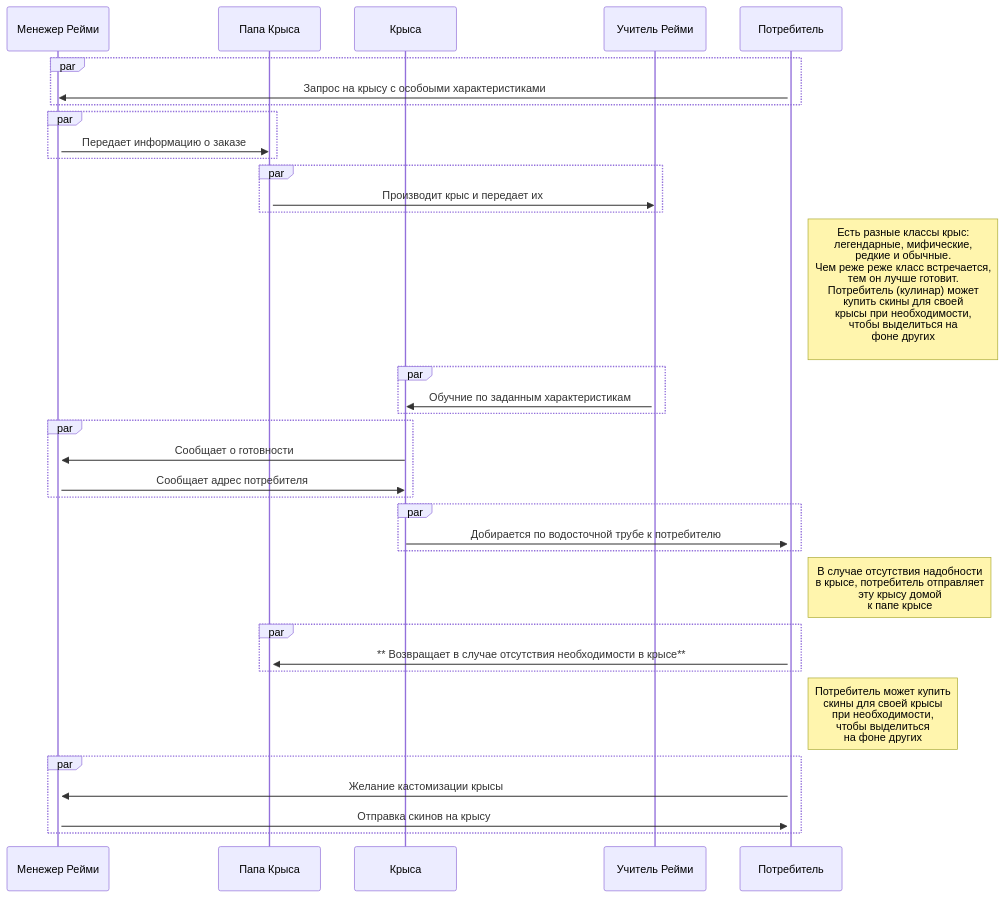
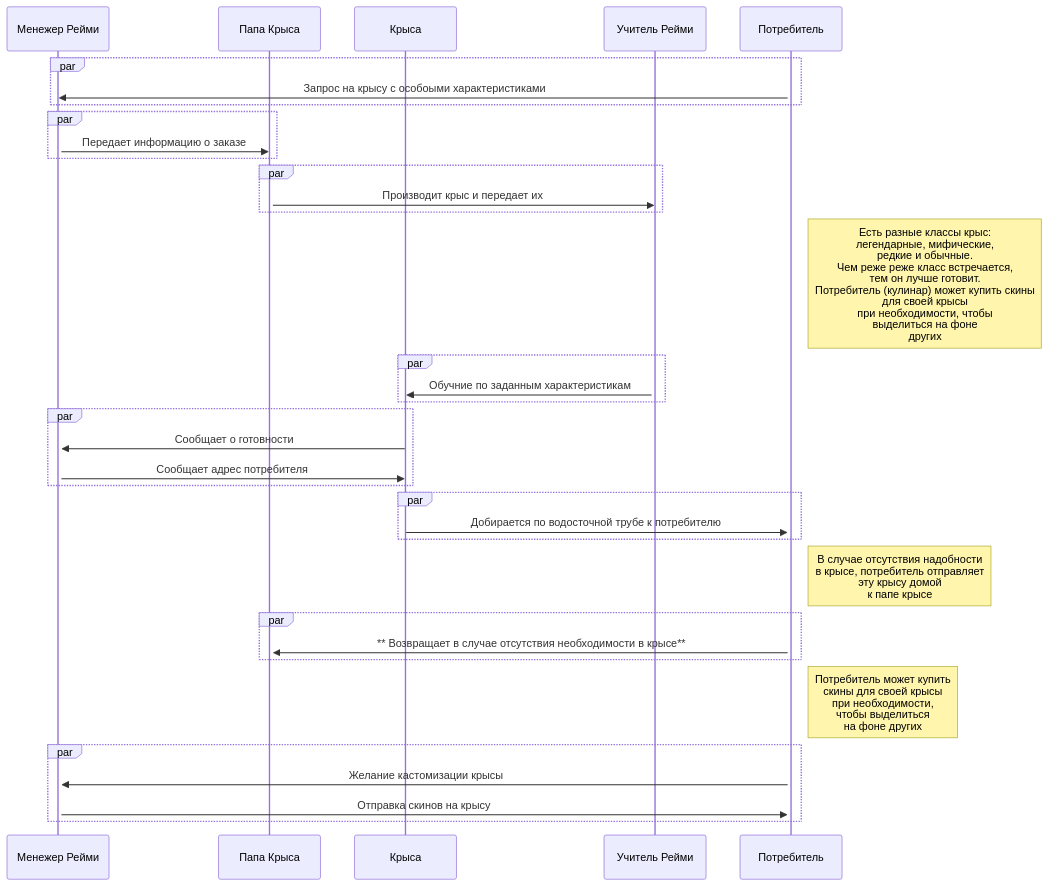
Before and after one commit to VegaMethadone/Software-engineering-: the diagram in README.md, drawn with Mermaid.

````diff
--- a/README.md
+++ b/README.md
@@ -13,44 +13,44 @@
 ```mermaid
 sequenceDiagram
     participant МР as Менежер Рейми
     participant ПК as Папа Крыса
     participant К as Крыса
     participant Р as Учитель Рейми
     participant П as Потребитель
     activate П
     par
         П->>МР: Запрос на крысу с особоыми характеристиками 
     end
     activate МР
     par
         МР->>ПК:Передает информацию о заказе
     end
     activate ПК
     par
         ПК->>Р: Производит крыс и передает их
     end
 
-    note right of П: Есть разные классы крыс: <br>легендарные, мифические,<br> редкие и обычные.<br> Чем реже реже класс встречается,<br>тем он лучше готовит. <br> Потребитель (кулинар) может <br>купить скины для своей<br> крысы при необходимости, <br>чтобы выделиться на <br>фоне других<br>
+    note right of П: Есть разные классы крыс: <br>легендарные, мифические,<br> редкие и обычные.<br> Чем реже реже класс встречается,<br>тем он лучше готовит. <br> Потребитель (кулинар) может купить скины <br>для своей крысы <br>при необходимости, чтобы <br>выделиться на фоне <br>других
 
     activate Р
     par 
         Р->>К:Обучние по заданным характеристикам
     end
     par
         К->>МР:Сообщает о готовности 
         МР->>К:Сообщает адрес потребителя
     end
     par
         К->>П: Добирается по водосточной трубе к потребителю
     end
     note right of П: В случае отсутствия надобности <br>в крысе, потребитель отправляет <br>эту крысу домой <br> к папе крысе
     par
         П->>ПК:** Возвращает в случае отсутствия необходимости в крысе**
     end
     note right of П: Потребитель может купить <br> скины для своей крысы <br>при необходимости, <br>чтобы выделиться <br>на фоне других
     par
         П->>МР: Желание кастомизации крысы
         МР->>П: Отправка скинов на крысу
     end
      
 ```
````
